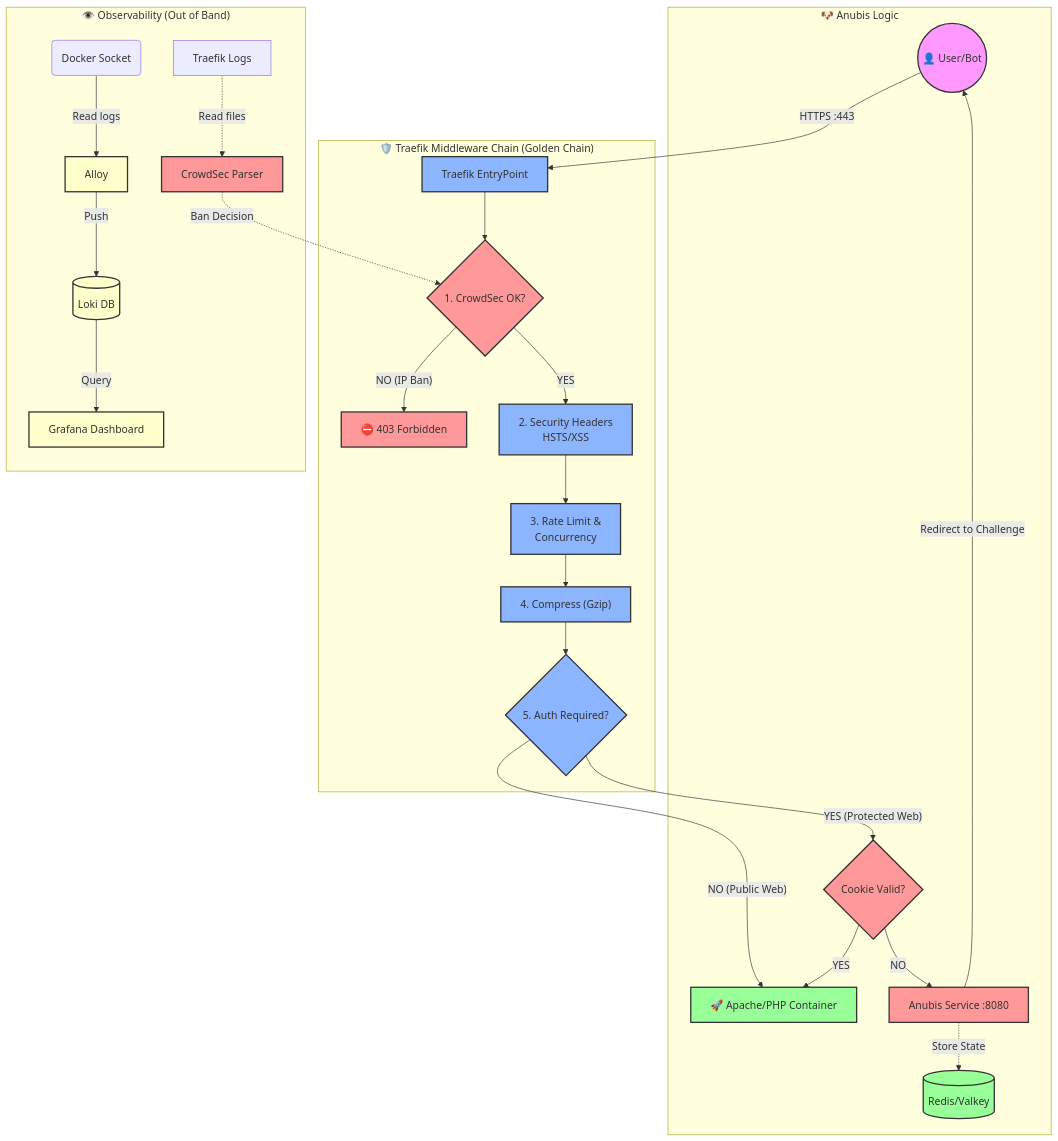
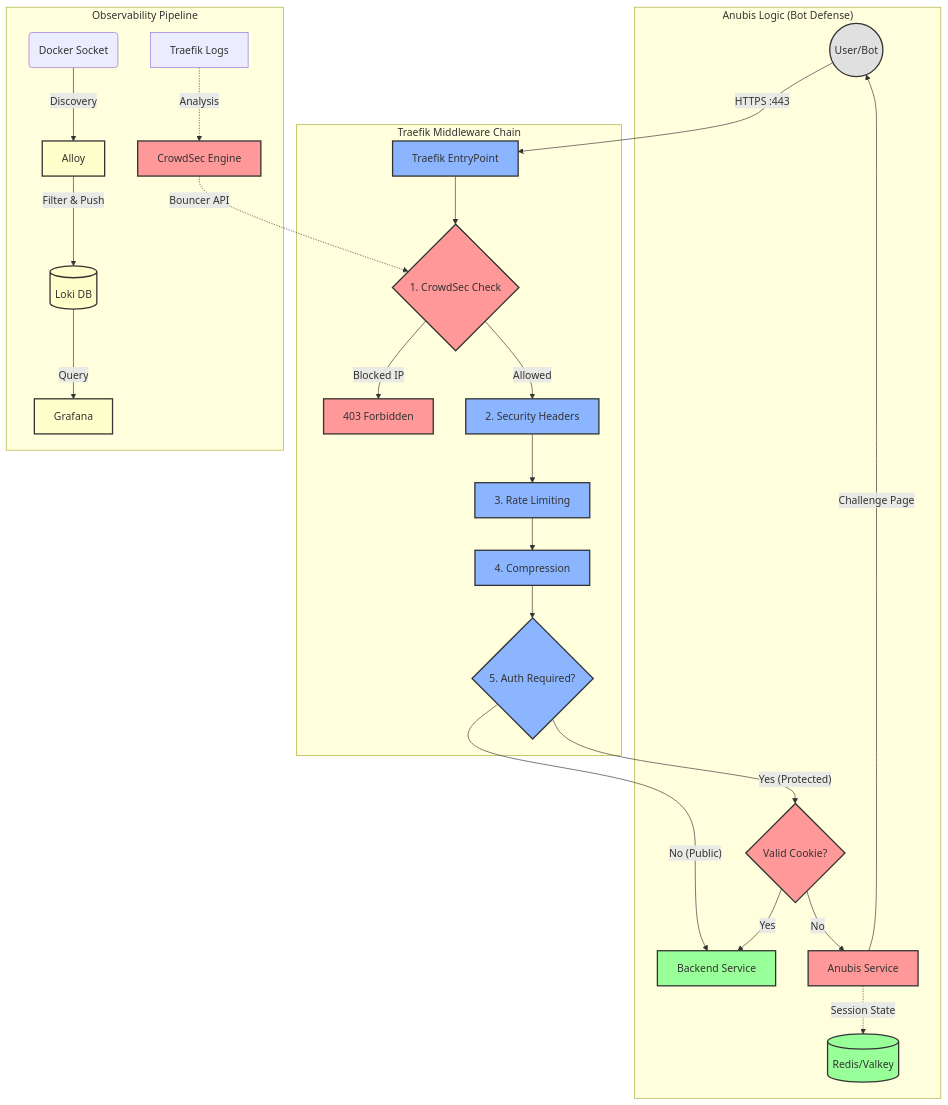
One commit to pinano/traefik-crowdsec-anubis-grafana changed the diagram in README.md. Above: the diagram before and after it, drawn with Mermaid. The commit also changed other lines of this file, not shown here.

Commit message:
docs: enhance README with detailed architecture, component deep-dives, and updated installation steps

````diff
--- a/README.md
+++ b/README.md
@@ -7,37 +24,37 @@
 ```mermaid
 graph TD
-    %% Estilos
-    classDef user fill:#f9f,stroke:#333,stroke-width:2px;
+    classDef user fill:#e0e0e0,stroke:#333,stroke-width:2px;
     classDef traefik fill:#8cb5ff,stroke:#333,stroke-width:2px;
     classDef security fill:#ff9999,stroke:#333,stroke-width:2px;
     classDef app fill:#99ff99,stroke:#333,stroke-width:2px;
     classDef observ fill:#ffffcc,stroke:#333,stroke-width:2px;
 
-    User((👤 User/Bot)):::user -->|HTTPS :443| T_Entry[Traefik EntryPoint]:::traefik
+    User((User/Bot)):::user -->|HTTPS :443| T_Entry[Traefik EntryPoint]:::traefik
 
-    subgraph "🛡️ Traefik Middleware Chain (Golden Chain)"
-        T_Entry --> MW_CS{1. CrowdSec OK?}:::security
-        MW_CS -- NO (IP Ban) --> Block[⛔ 403 Forbidden]:::security
-        MW_CS -- YES --> MW_Sec["2. Security Headers<br>HSTS/XSS"]:::traefik
-        MW_Sec --> MW_RL["3. Rate Limit &<br>Concurrency"]:::traefik
-        MW_RL --> MW_Comp["4. Compress (Gzip)"]:::traefik
+    subgraph "Traefik Middleware Chain"
+        T_Entry --> MW_CS{1. CrowdSec Check}:::security
+        MW_CS -- Blocked IP --> Block[403 Forbidden]:::security
+        MW_CS -- Allowed --> MW_Sec["2. Security Headers"]:::traefik
+        MW_Sec --> MW_RL["3. Rate Limiting"]:::traefik
+        MW_RL --> MW_Comp["4. Compression"]:::traefik
         MW_Comp --> MW_Auth{5. Auth Required?}:::traefik
     end
 
-    subgraph "🐶 Anubis Logic"
-        MW_Auth -- NO (Public Web) --> Backend
-        MW_Auth -- YES (Protected Web) --> Check_Auth{"Cookie Valid?"}:::security
-        Check_Auth -- YES --> Backend[🚀 Apache/PHP Container]:::app
-        Check_Auth -- NO --> Anubis_Svc[Anubis Service :8080]:::security
-        Anubis_Svc -->|Redirect to Challenge| User
-        Anubis_Svc -.->|Store State| Redis[(Redis/Valkey)]:::app
+    subgraph "Anubis Logic (Bot Defense)"
+        MW_Auth -- No (Public) --> Backend
+        MW_Auth -- Yes (Protected) --> Check_Auth{"Valid Cookie?"}:::security
+        Check_Auth -- Yes --> Backend[Backend Service]:::app
+        Check_Auth -- No --> Anubis_Svc[Anubis Service]:::security
+        Anubis_Svc -->|Challenge Page| User
+        Anubis_Svc -.->|Session State| Redis[(Redis/Valkey)]:::app
     end
 
-    subgraph "👁️ Observability (Out of Band)"
-        Docker_Sock(Docker Socket) -->|Read logs| Alloy:::observ
-        Alloy -->|Push| Loki[(Loki DB)]:::observ
-        Loki -->|Query| Grafana[Grafana Dashboard]:::observ
-        Traefik_Logs[Traefik Logs] -.->|Read files| CrowdSec_Agent[CrowdSec Parser]:::security
-        CrowdSec_Agent -.->|Ban Decision| MW_CS
+    subgraph "Observability Pipeline"
+        Docker_Sock(Docker Socket) -->|Discovery| Alloy:::observ
+        Alloy -->|Filter & Push| Loki[(Loki DB)]:::observ
+        Loki -->|Query| Grafana[Grafana]:::observ
+        
+        Traefik_Logs[Traefik Logs] -.->|Analysis| CrowdSec[CrowdSec Engine]:::security
+        CrowdSec -.->|Bouncer API| MW_CS
     end
 ```
````
